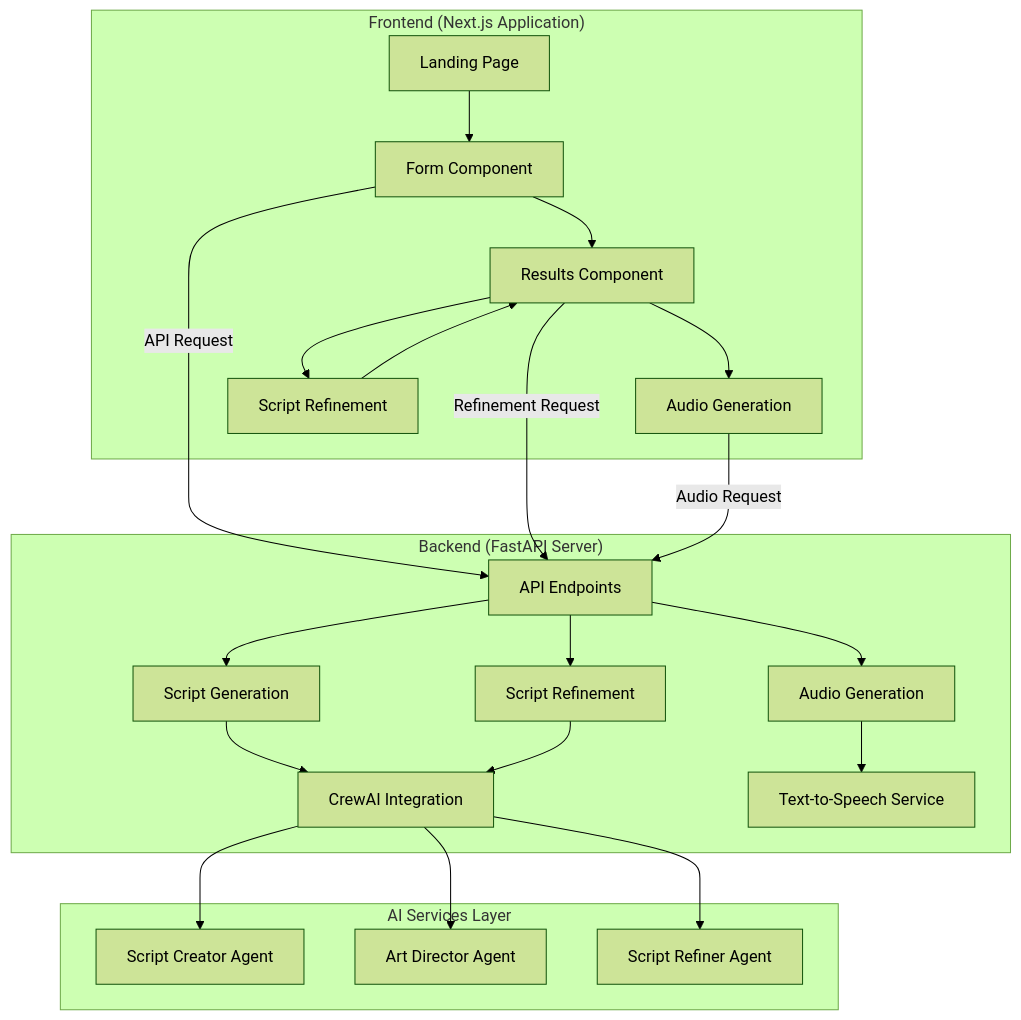
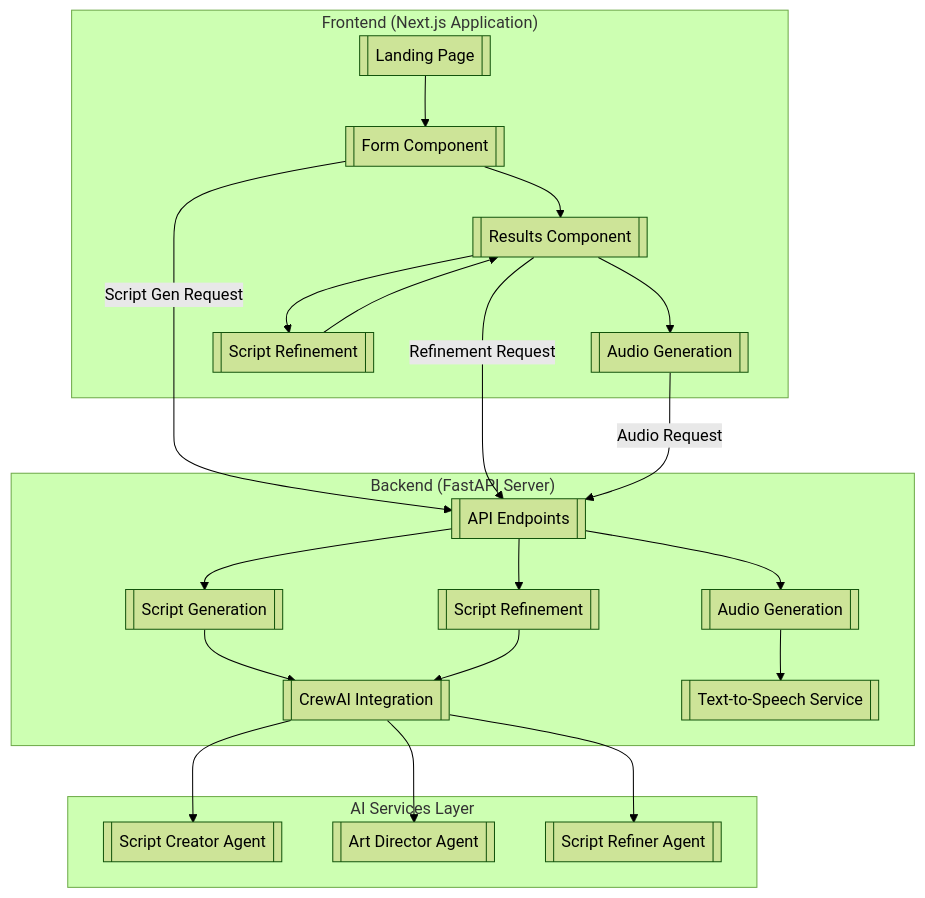
One commit to abhivir-42/marketing-app-ad-gen changed the first of 7 diagrams in project-presentation.md. Above: the diagram before and after it, drawn with Mermaid (forest theme). The commit also changed other lines of this file and 1 other file, not shown here.

Commit message:
Feat: Enhance project diagrams

````diff
--- a/project-presentation.md
+++ b/project-presentation.md
@@ -53,29 +53,29 @@
 ```mermaid
 graph TB
     subgraph "Frontend (Next.js Application)"
-        A["Landing Page"] --> B["Form Component"]
-        B --> C["Results Component"]
-        C --> D["Audio Generation"]
-        C --> E["Script Refinement"]
+        A[["Landing Page"]] --> B[["Form Component"]]
+        B --> C[["Results Component"]]
+        C --> D[["Audio Generation"]]
+        C --> E[["Script Refinement"]]
         E --> C
     end
     
     subgraph "Backend (FastAPI Server)"
-        F["API Endpoints"] --> G["Script Generation"]
-        F --> H["Script Refinement"]
-        F --> I["Audio Generation"]
-        G --> J["CrewAI Integration"]
+        F[["API Endpoints"]] --> G[["Script Generation"]]
+        F --> H[["Script Refinement"]]
+        F --> I[["Audio Generation"]]
+        G --> J[["CrewAI Integration"]]
         H --> J
-        I --> K["Text-to-Speech Service"]
+        I --> K[["Text-to-Speech Service"]]
     end
     
     subgraph "AI Services Layer"
-        J --> L["Script Creator Agent"]
-        J --> M["Art Director Agent"]
-        J --> N["Script Refiner Agent"]
+        J --> L[["Script Creator Agent"]]
+        J --> M[["Art Director Agent"]]
+        J --> N[["Script Refiner Agent"]]
     end
     
-    B -->|"API Request"| F
+    B -->|"Script Gen Request"| F
     C -->|"Refinement Request"| F
     D -->|"Audio Request"| F
 ```
````
